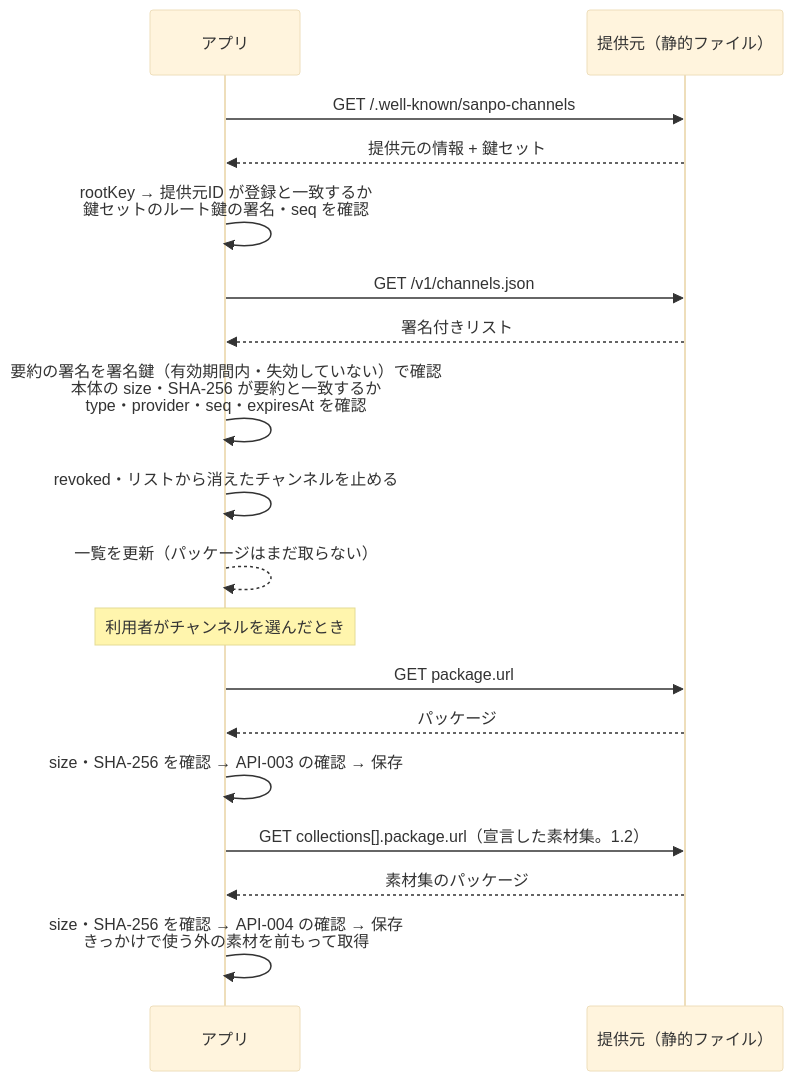
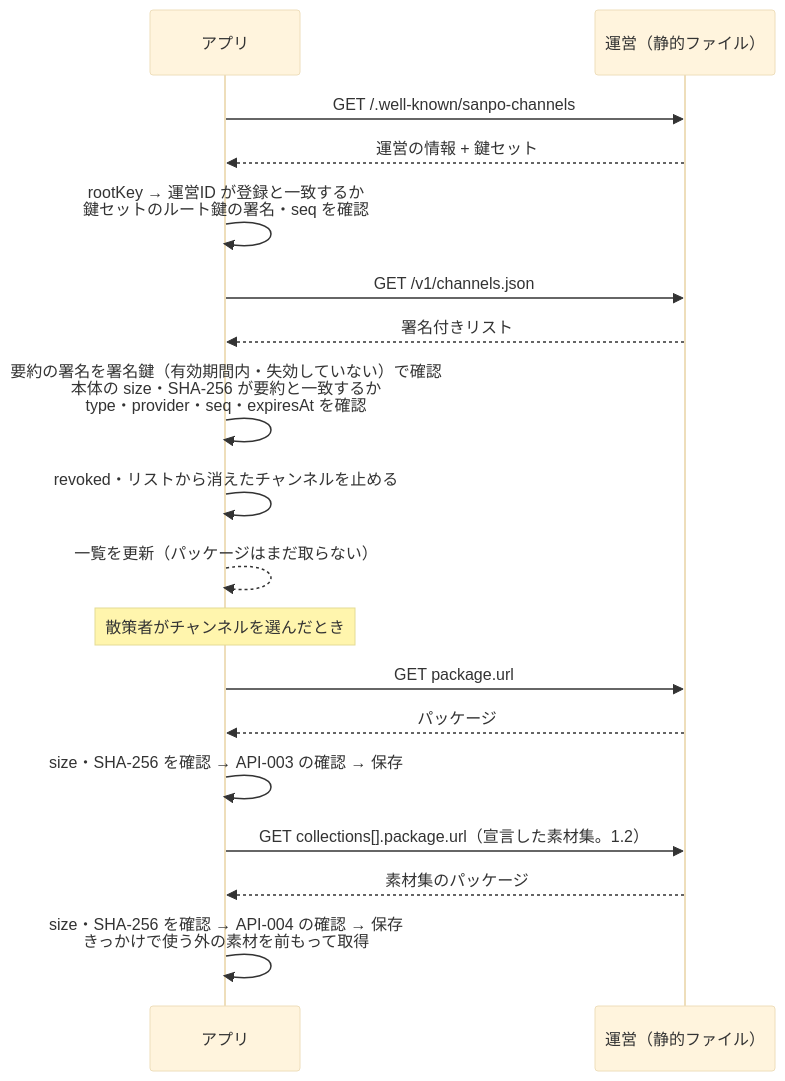
One commit to duwenji/yorisoi-sanpoguide changed the second of 2 diagrams in docs/channel-list-api.md. Above: the diagram before and after it, drawn with Mermaid (base theme). The commit also changed other lines of this file and 25 other files, not shown here.

````diff
--- a/docs/channel-list-api.md
+++ b/docs/channel-list-api.md
@@ -339,20 +339,20 @@
 ```mermaid
 sequenceDiagram
     participant A as アプリ
-    participant H as 提供元（静的ファイル）
+    participant H as 運営（静的ファイル）
     A->>H: GET /.well-known/sanpo-channels
-    H-->>A: 提供元の情報 + 鍵セット
-    A->>A: rootKey → 提供元ID が登録と一致するか<br/>鍵セットのルート鍵の署名・seq を確認
+    H-->>A: 運営の情報 + 鍵セット
+    A->>A: rootKey → 運営ID が登録と一致するか<br/>鍵セットのルート鍵の署名・seq を確認
     A->>H: GET /v1/channels.json
     H-->>A: 署名付きリスト
     A->>A: 要約の署名を署名鍵（有効期間内・失効していない）で確認<br/>本体の size・SHA-256 が要約と一致するか<br/>type・provider・seq・expiresAt を確認
     A->>A: revoked・リストから消えたチャンネルを止める
     A-->>A: 一覧を更新（パッケージはまだ取らない）
-    Note over A: 利用者がチャンネルを選んだとき
+    Note over A: 散策者がチャンネルを選んだとき
     A->>H: GET package.url
     H-->>A: パッケージ
     A->>A: size・SHA-256 を確認 → API-003 の確認 → 保存
     A->>H: GET collections[].package.url（宣言した素材集。1.2）
     H-->>A: 素材集のパッケージ
     A->>A: size・SHA-256 を確認 → API-004 の確認 → 保存<br/>きっかけで使う外の素材を前もって取得
 ```
````
